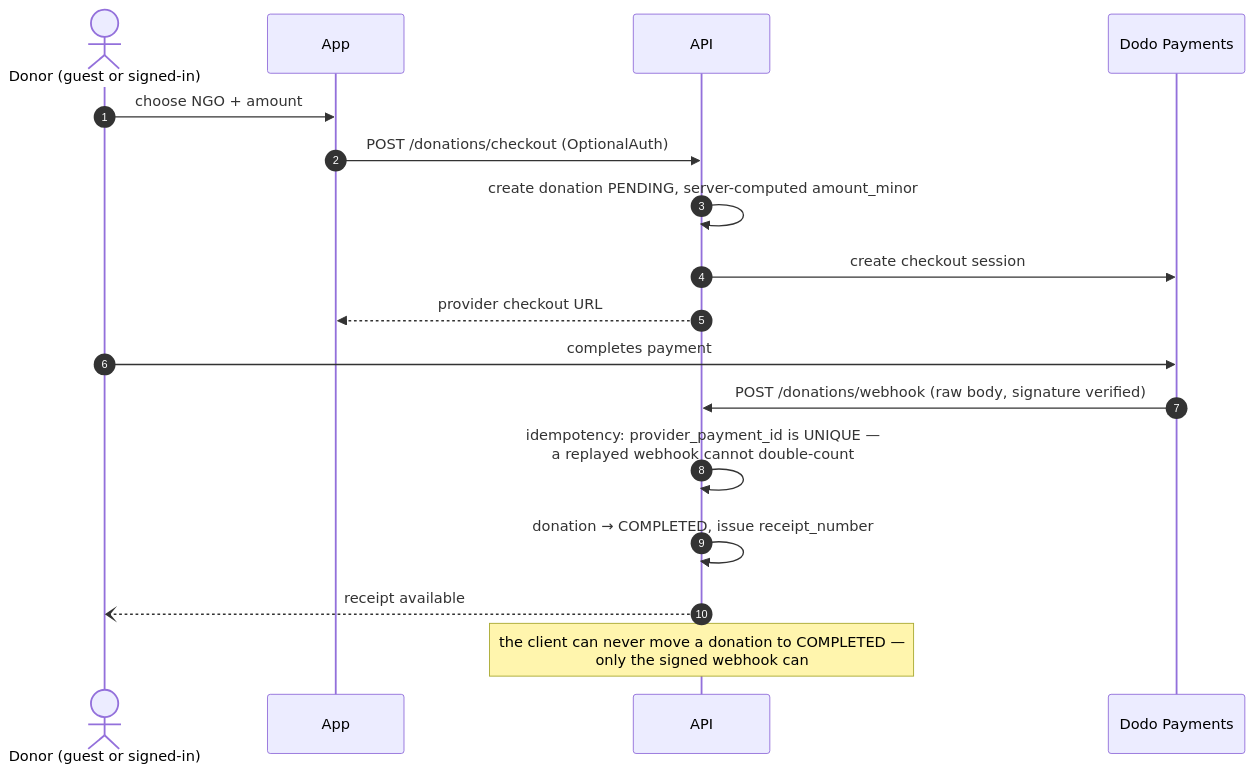
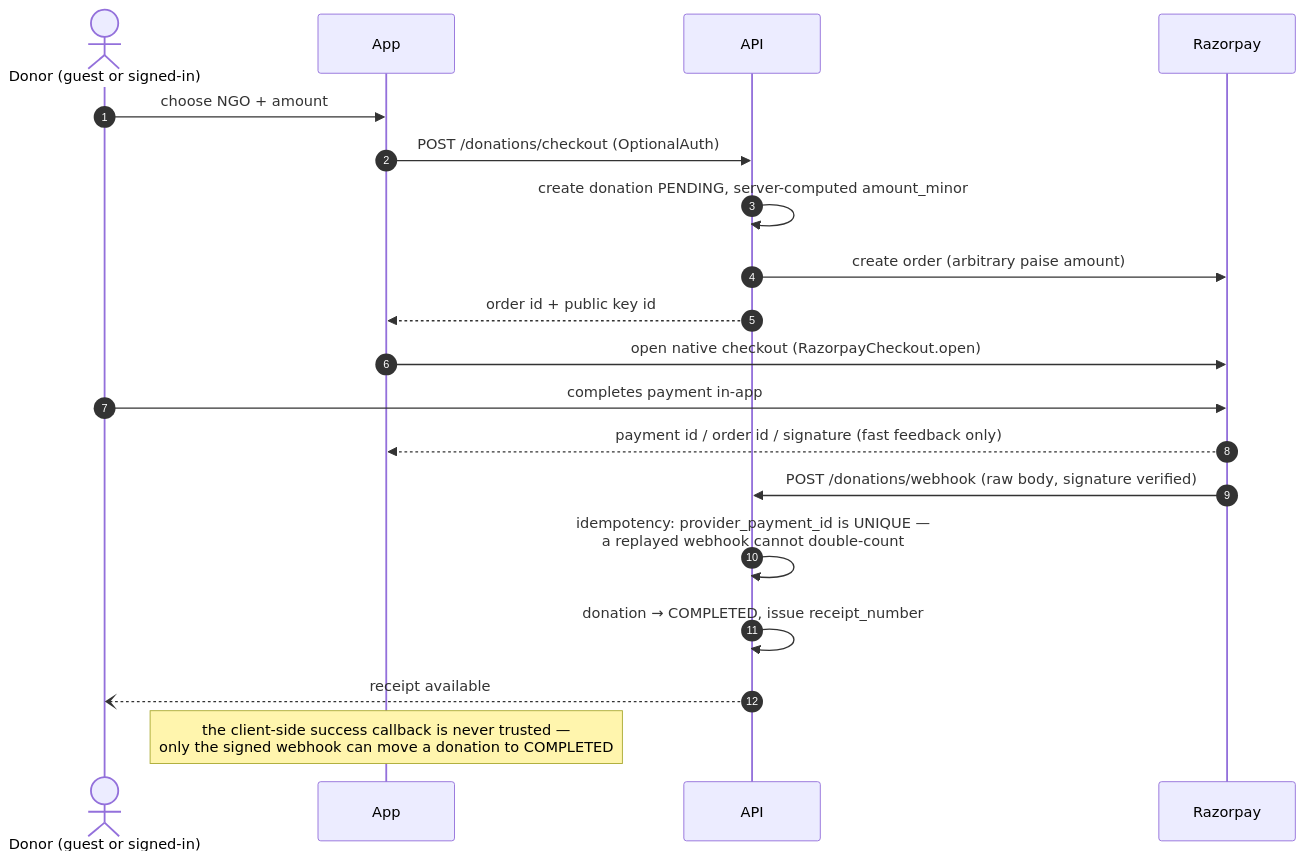
Before and after one commit to SinghAman21/nabhya: diagram 11 of 15 in final-year-report.md, drawn with Mermaid. The commit also changed other lines of this file and 29 other files, not shown here.

````diff
--- a/final-year-report.md
+++ b/final-year-report.md
@@ -931,20 +932,22 @@
 ```mermaid
 sequenceDiagram
     autonumber
     actor D as Donor (guest or signed-in)
     participant App as App
     participant API as API
-    participant Dodo as Dodo Payments
+    participant RZP as Razorpay
 
     D->>App: choose NGO + amount
     App->>API: POST /donations/checkout (OptionalAuth)
     API->>API: create donation PENDING, server-computed amount_minor
-    API->>Dodo: create checkout session
-    API-->>App: provider checkout URL
-    D->>Dodo: completes payment
-    Dodo->>API: POST /donations/webhook (raw body, signature verified)
+    API->>RZP: create order (arbitrary paise amount)
+    API-->>App: order id + public key id
+    App->>RZP: open native checkout (RazorpayCheckout.open)
+    D->>RZP: completes payment in-app
+    RZP-->>App: payment id / order id / signature (fast feedback only)
+    RZP->>API: POST /donations/webhook (raw body, signature verified)
     API->>API: idempotency: provider_payment_id is UNIQUE —<br/>a replayed webhook cannot double-count
     API->>API: donation → COMPLETED, issue receipt_number
     API--)D: receipt available
-    Note over API: the client can never move a donation to COMPLETED —<br/>only the signed webhook can
+    Note over App: the client-side success callback is never trusted —<br/>only the signed webhook can move a donation to COMPLETED
 ```
````
